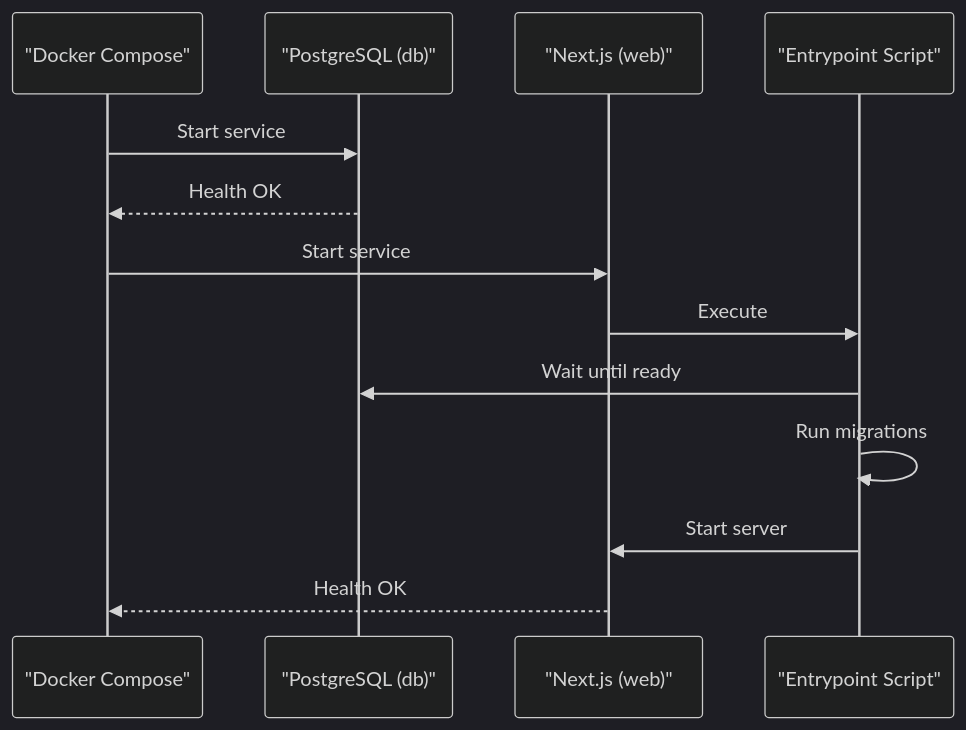
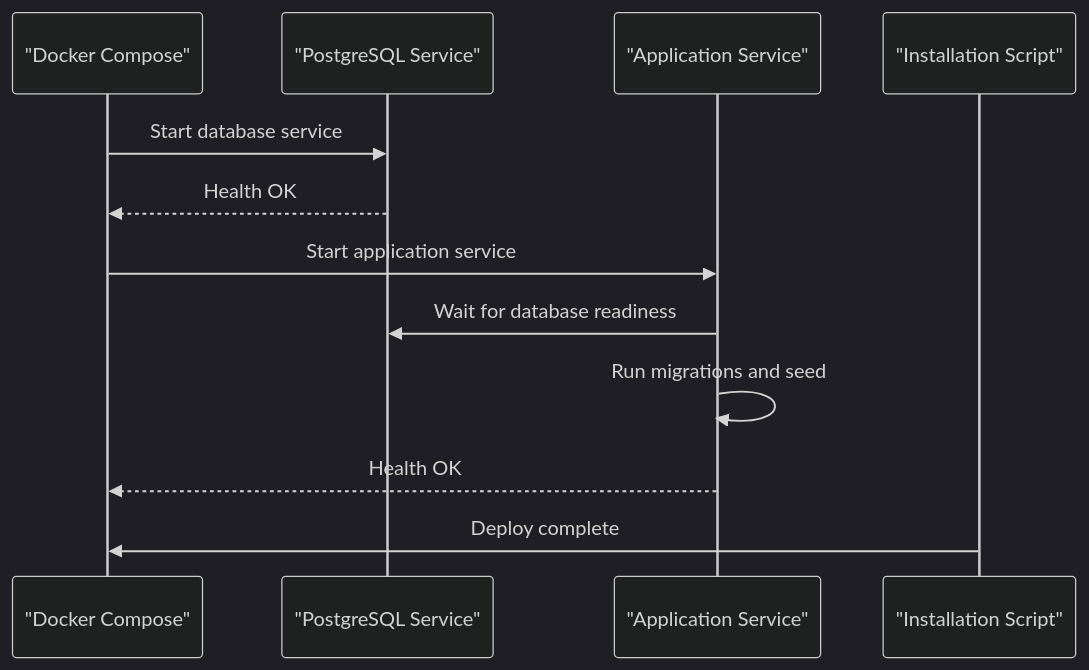
Before and after one commit to celebigilfatih/infrascope: the third of 3 diagrams in .qoder/repowiki/en/content/Development & Deployment/Production Deployment.md, drawn with Mermaid (dark theme). The commit also changed other lines of this file and 12 other files, not shown here.

````diff
--- a/.qoder/repowiki/en/content/Development & Deployment/Production Deployment.md
+++ b/.qoder/repowiki/en/content/Development & Deployment/Production Deployment.md
@@ -181,15 +318,14 @@
 ```mermaid
 sequenceDiagram
 participant Compose as "Docker Compose"
-participant DB as "PostgreSQL (db)"
-participant Web as "Next.js (web)"
-participant Entrypoint as "Entrypoint Script"
-Compose->>DB : Start service
+participant DB as "PostgreSQL Service"
+participant App as "Application Service"
+participant Installer as "Installation Script"
+Compose->>DB : Start database service
 DB-->>Compose : Health OK
-Compose->>Web : Start service
-Web->>Entrypoint : Execute
-Entrypoint->>DB : Wait until ready
-Entrypoint->>Entrypoint : Run migrations
-Entrypoint->>Web : Start server
-Web-->>Compose : Health OK
+Compose->>App : Start application service
+App->>DB : Wait for database readiness
+App->>App : Run migrations and seed
+App-->>Compose : Health OK
+Installer->>Compose : Deploy complete
 ```
````
